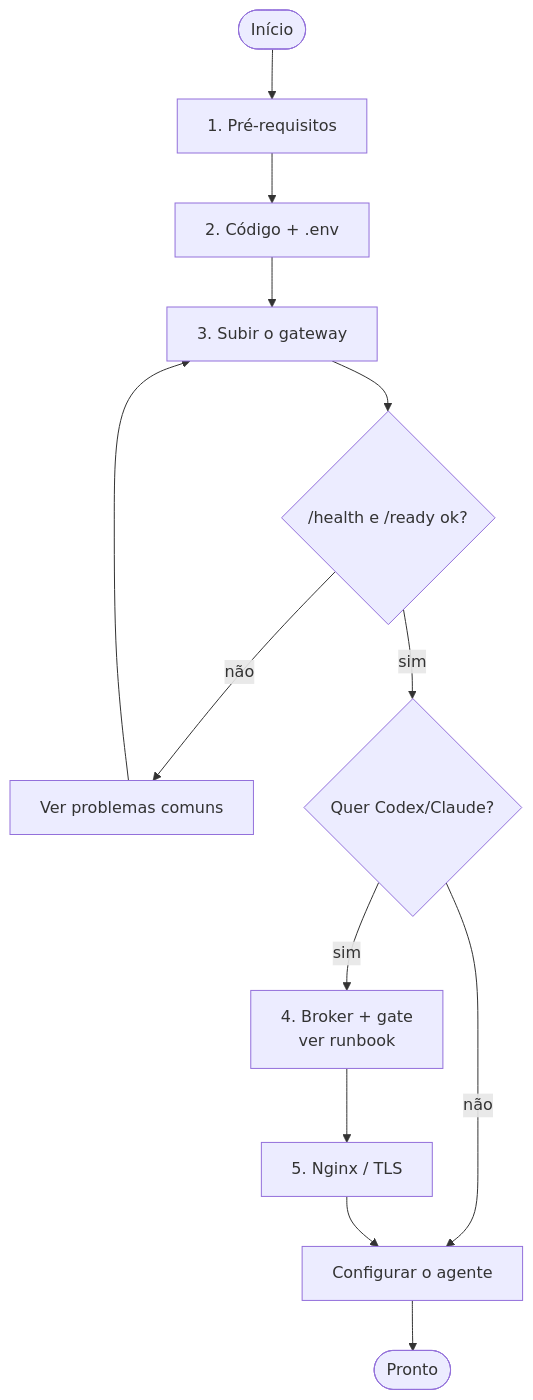
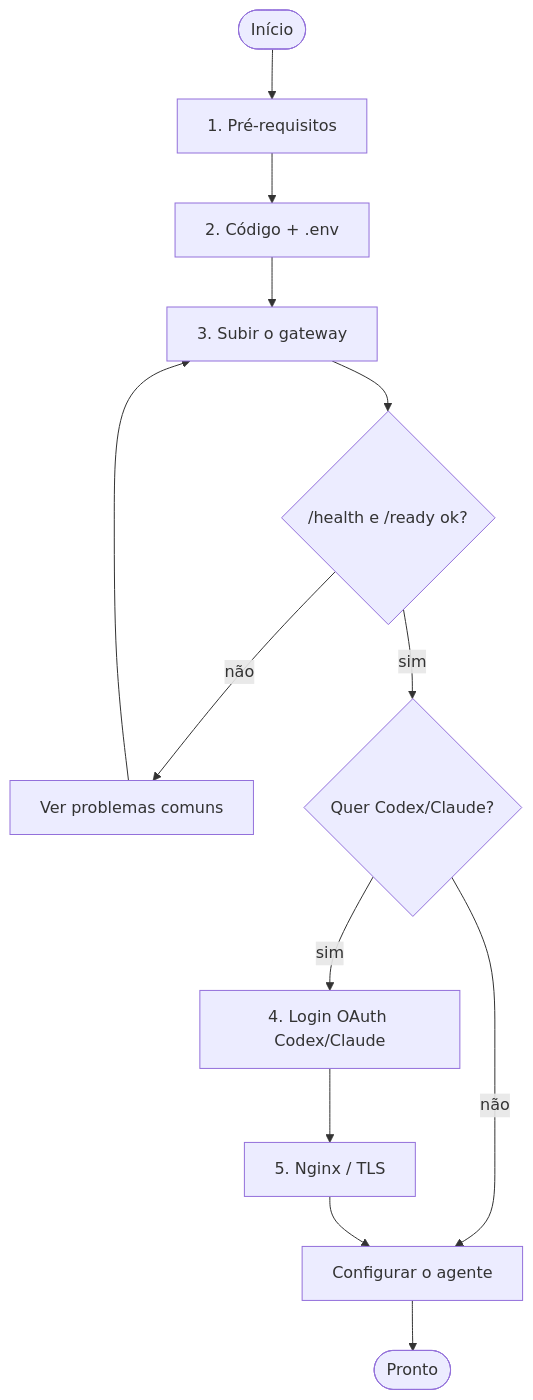
The diagram in docs/installation/linux.md (Picolino66/azigate), drawn with Mermaid before and after one commit. The commit also changed other lines of this file and 99 other files, not shown here.

````diff
--- a/docs/installation/linux.md
+++ b/docs/installation/linux.md
@@ -15,15 +14,15 @@
 ```mermaid
 flowchart TD
     Start([Início]) --> Pre[1. Pré-requisitos]
     Pre --> Env[2. Código + .env]
     Env --> Up[3. Subir o gateway]
     Up --> Check{"/health e /ready ok?"}
     Check -- "não" --> Trouble[Ver problemas comuns]
     Trouble --> Up
     Check -- "sim" --> Mode{"Quer Codex/Claude?"}
     Mode -- "não" --> AgentCfg[Configurar o agente]
-    Mode -- "sim" --> Broker[4. Broker + gate<br/>ver runbook]
-    Broker --> Nginx[5. Nginx / TLS]
+    Mode -- "sim" --> Login[4. Login OAuth Codex/Claude]
+    Login --> Nginx[5. Nginx / TLS]
     AgentCfg --> Done([Pronto])
     Nginx --> AgentCfg
 ```
````
